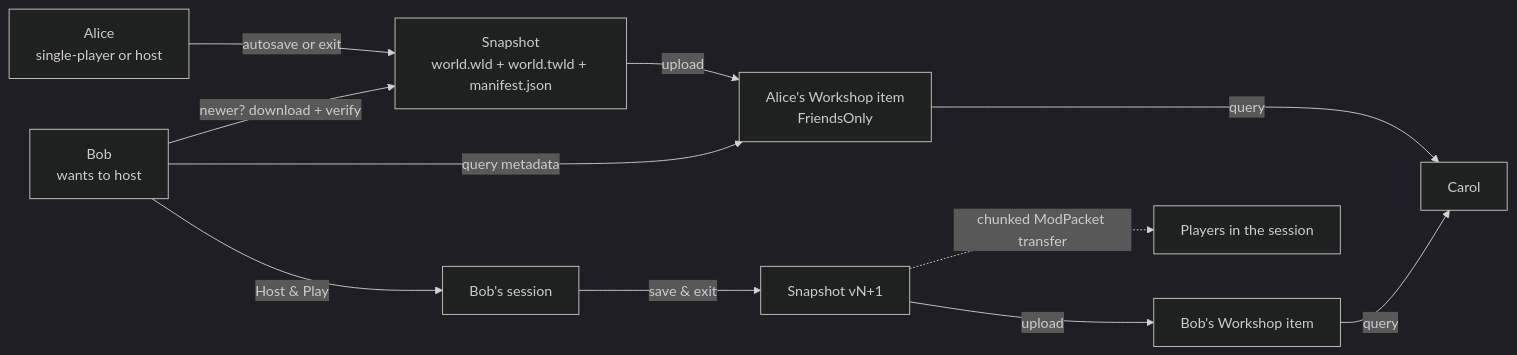
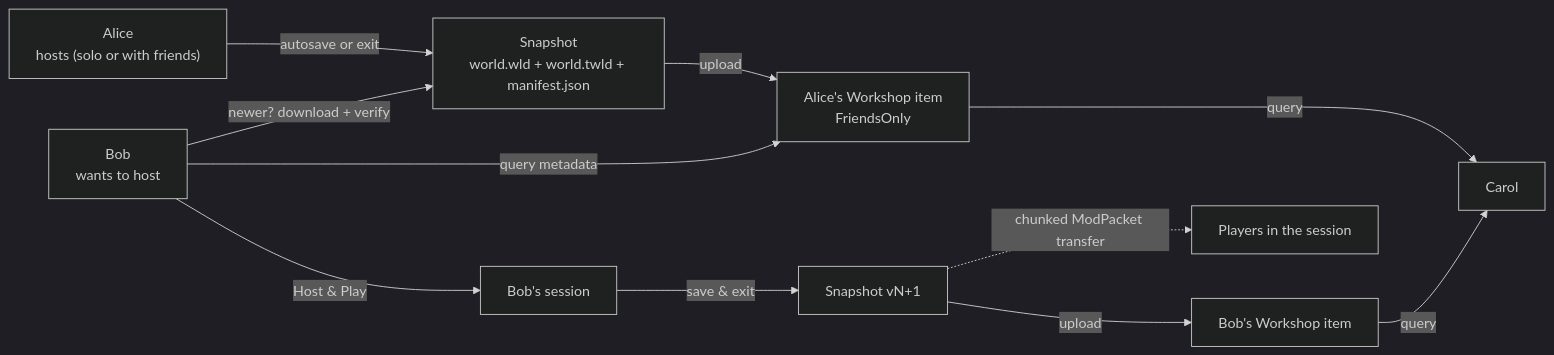
The diagram in README.md (Hiyzta/SharedWorlds), drawn with Mermaid (dark theme) before and after one commit. The commit also changed other lines of this file and 6 other files, not shown here.

First line of the commit message:
feat: reject shared worlds from the vanilla single-player list

````diff
--- a/README.md
+++ b/README.md
@@ -42,13 +42,13 @@
 ```mermaid
 flowchart LR
-    A["Alice<br/>single-player or host"] -->|autosave or exit| S["Snapshot<br/>world.wld + world.twld + manifest.json"]
+    A["Alice<br/>hosts (solo or with friends)"] -->|autosave or exit| S["Snapshot<br/>world.wld + world.twld + manifest.json"]
     S -->|upload| AW["Alice's Workshop item<br/>FriendsOnly"]
     B["Bob<br/>wants to host"] -->|query metadata| AW
     B -->|newer? download + verify| S
     B -->|Host & Play| S2["Bob's session"]
     S2 -->|save & exit| S3["Snapshot vN+1"]
     S3 -->|upload| BW["Bob's Workshop item"]
     S3 -.->|chunked ModPacket transfer| AC["Players in the session"]
     AW -->|query| C["Carol"]
     BW -->|query| C
 ```
````
